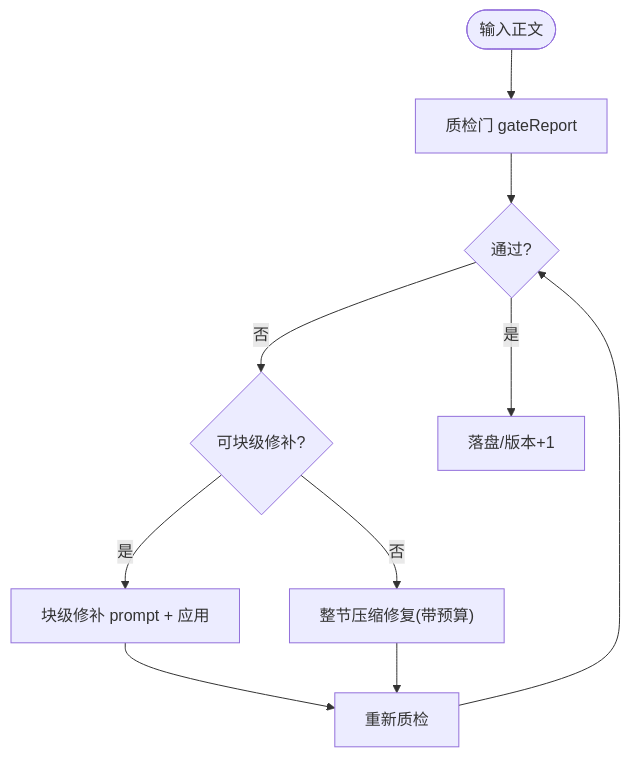
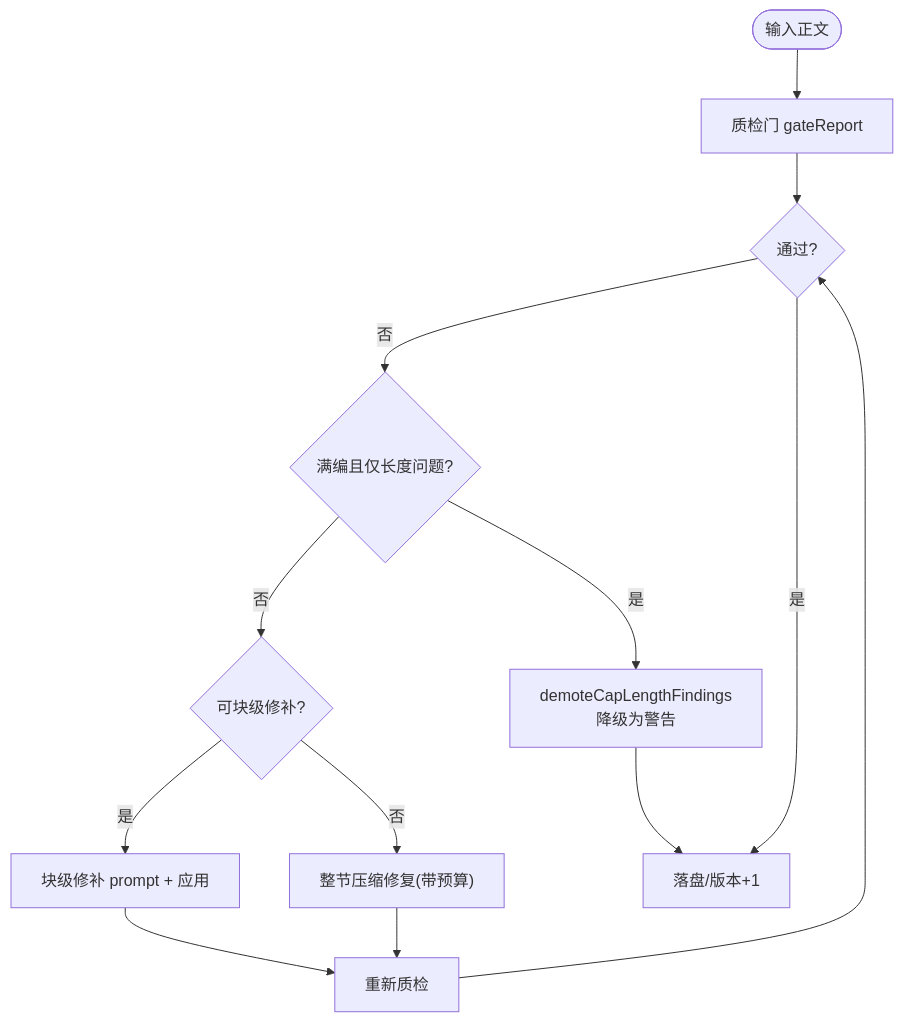
The sixth of 10 diagrams in .qoder/repowiki/zh/content/架构设计/数据流设计/内容数据流/内容数据流.md (maozhijie/learnhub-plugin), drawn with Mermaid before and after one commit. The commit also changed other lines of this file and 8 other files, not shown here.

````diff
--- a/.qoder/repowiki/zh/content/架构设计/数据流设计/内容数据流/内容数据流.md
+++ b/.qoder/repowiki/zh/content/架构设计/数据流设计/内容数据流/内容数据流.md
@@ -258,12 +286,15 @@
 ```mermaid
 flowchart TD
 S(["输入正文"]) --> Check["质检门 gateReport"]
 Check --> Pass{"通过?"}
-Pass -- 否 --> Patch{"可块级修补?"}
+Pass -- 否 --> CapCheck{"满编且仅长度问题?"}
+CapCheck -- 是 --> Demote["demoteCapLengthFindings<br/>降级为警告"]
+CapCheck -- 否 --> Patch{"可块级修补?"}
 Patch -- 是 --> BlockPatch["块级修补 prompt + 应用"]
+Patch -- 否 --> FullRepair["整节压缩修复(带预算)"]
+Demote --> Save["落盘/版本+1"]
 BlockPatch --> Recheck["重新质检"]
-Patch -- 否 --> FullRepair["整节压缩修复(带预算)"]
+FullRepair --> Recheck
 Recheck --> Pass
-FullRepair --> Recheck
 Pass -- 是 --> Save["落盘/版本+1"]
 ```
````
